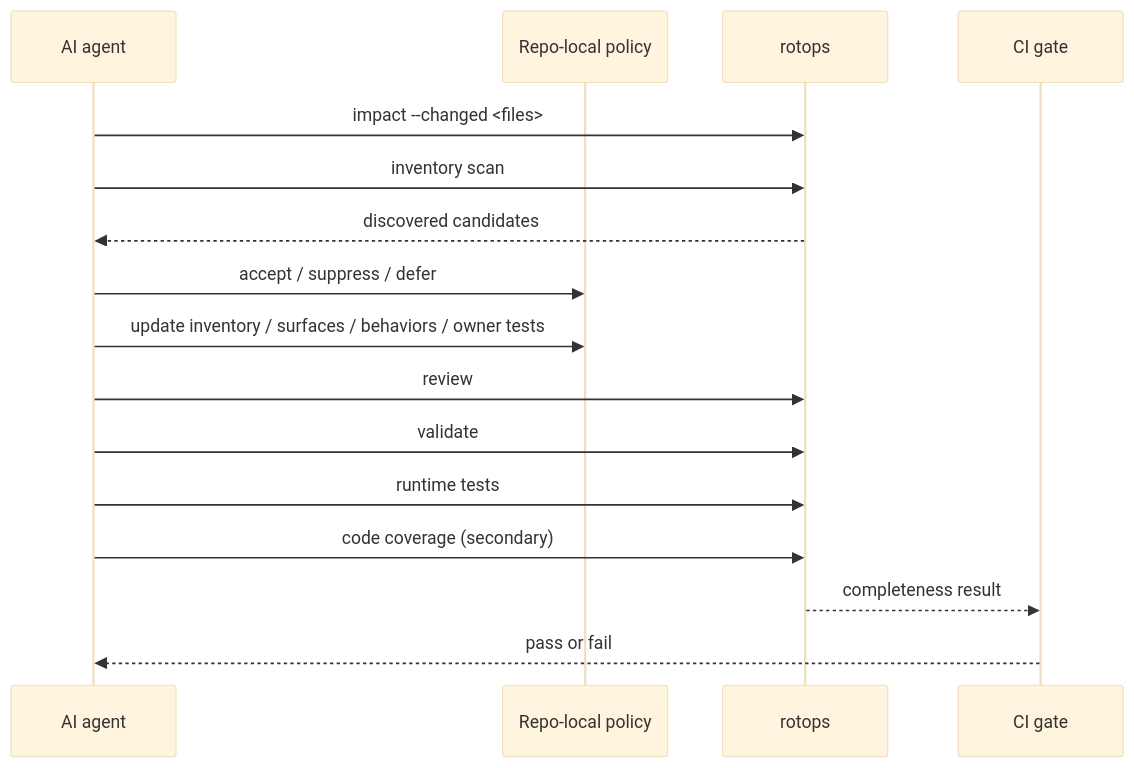
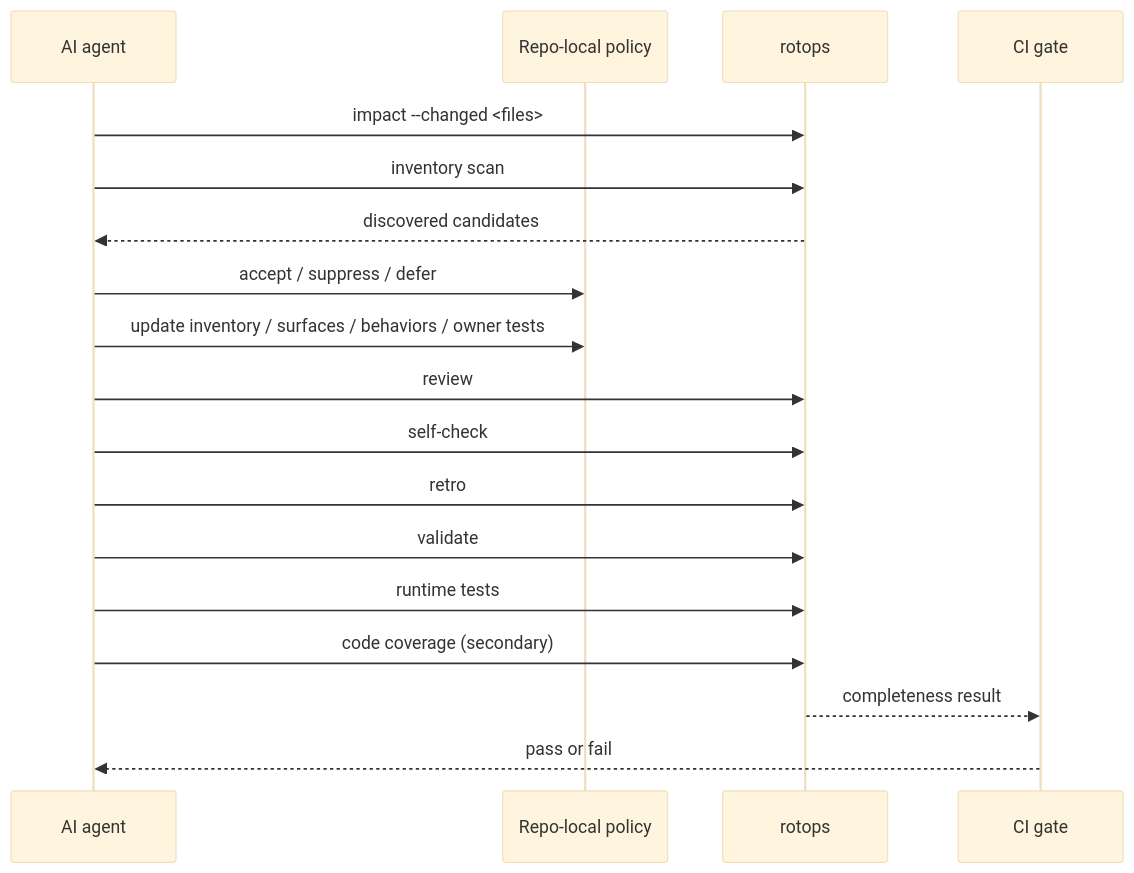
The fourth of 4 diagrams in README.md (philo-kim/runtime-obligation-testops), drawn with Mermaid (base theme) before and after one commit. The commit also changed other lines of this file and 18 other files, not shown here.

Commit message:
Add self-check and retrospective runtime loops

````diff
--- a/README.md
+++ b/README.md
@@ -344,19 +365,21 @@
 ```mermaid
 sequenceDiagram
   participant AI as AI agent
   participant Repo as Repo-local policy
   participant R as rotops
   participant CI as CI gate
 
   AI->>R: impact --changed <files>
   AI->>R: inventory scan
   R-->>AI: discovered candidates
   AI->>Repo: accept / suppress / defer
   AI->>Repo: update inventory / surfaces / behaviors / owner tests
   AI->>R: review
+  AI->>R: self-check
+  AI->>R: retro
   AI->>R: validate
   AI->>R: runtime tests
   AI->>R: code coverage (secondary)
   R-->>CI: completeness result
   CI-->>AI: pass or fail
 ```
````
